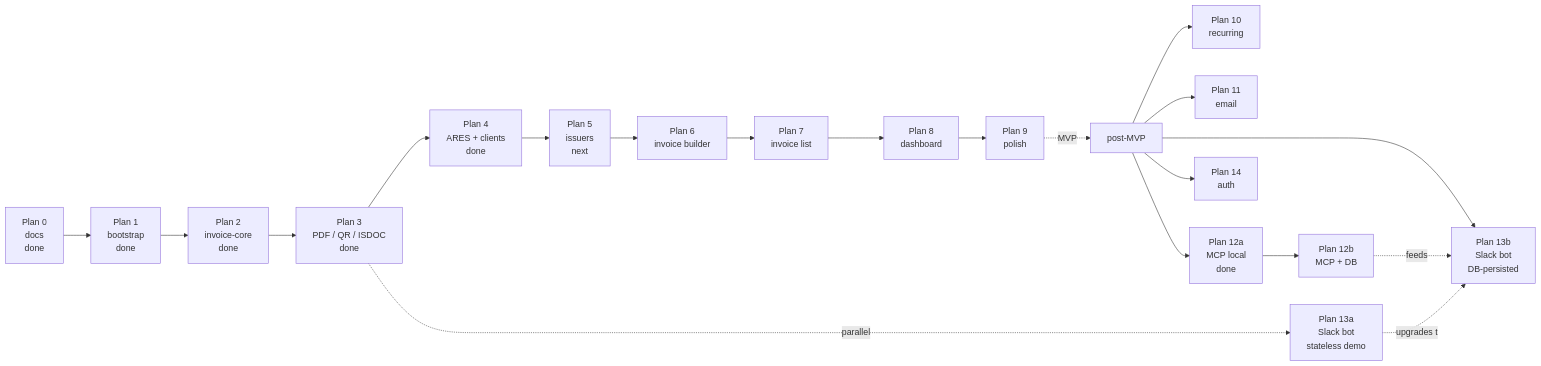
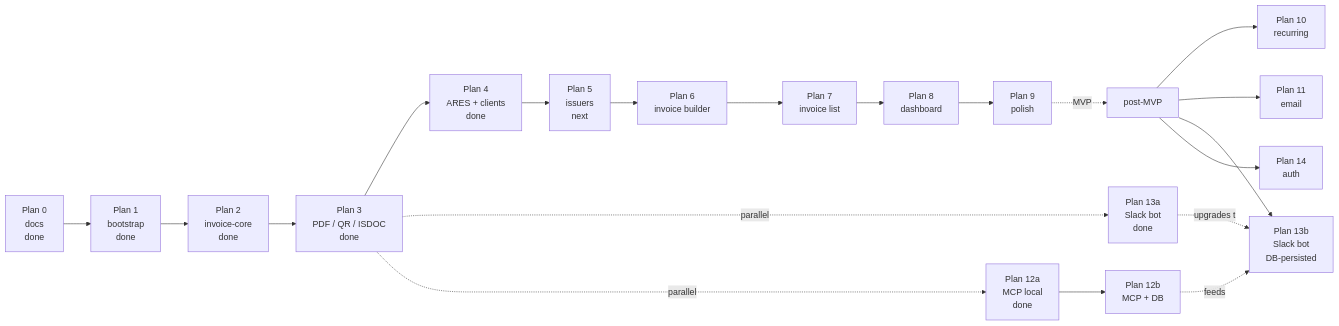
Before and after one commit to filipditrich/inveoiceyai: the diagram in docs/roadmap.md, drawn with Mermaid. The commit also changed other lines of this file and 10 other files, not shown here.

````diff
--- a/docs/roadmap.md
+++ b/docs/roadmap.md
@@ -7,22 +7,22 @@
 ```mermaid
 flowchart LR
     P0["Plan 0<br/>docs<br/>done"] --> P1["Plan 1<br/>bootstrap<br/>done"]
     P1 --> P2["Plan 2<br/>invoice-core<br/>done"]
     P2 --> P3["Plan 3<br/>PDF / QR / ISDOC<br/>done"]
     P3 --> P4["Plan 4<br/>ARES + clients<br/>done"]
     P4 --> P5["Plan 5<br/>issuers<br/>next"]
     P5 --> P6["Plan 6<br/>invoice builder"]
     P6 --> P7["Plan 7<br/>invoice list"]
     P7 --> P8["Plan 8<br/>dashboard"]
     P8 --> P9["Plan 9<br/>polish"]
-    P3 -.parallel.-> P13a["Plan 13a<br/>Slack bot<br/>stateless demo"]
+    P3 -.parallel.-> P13a["Plan 13a<br/>Slack bot<br/>done"]
+    P3 -.parallel.-> P12a["Plan 12a<br/>MCP local<br/>done"]
     P9 -.MVP.-> Post["post-MVP"]
     Post --> P10["Plan 10<br/>recurring"]
     Post --> P11["Plan 11<br/>email"]
-    Post --> P12a["Plan 12a<br/>MCP local<br/>done"]
     P12a --> P12b["Plan 12b<br/>MCP + DB"]
     Post --> P13b["Plan 13b<br/>Slack bot<br/>DB-persisted"]
     Post --> P14["Plan 14<br/>auth"]
     P12b -.feeds.-> P13b
     P13a -.upgrades to.-> P13b
 ```
````
